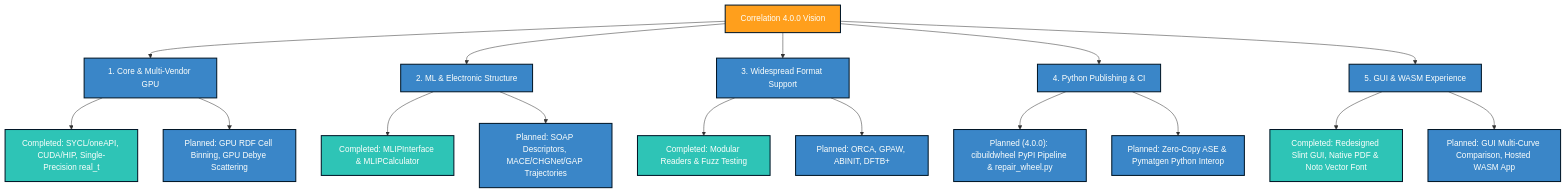
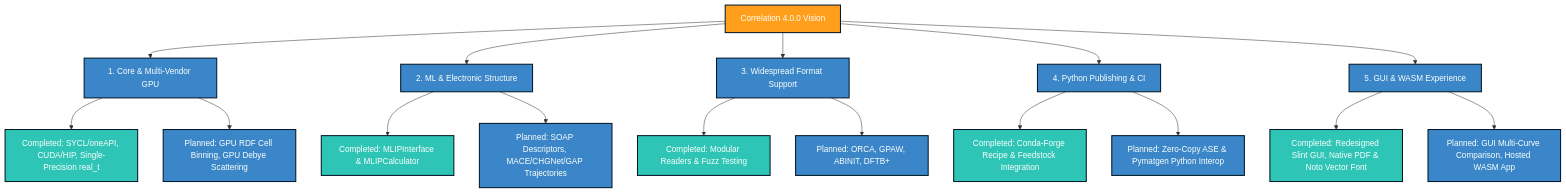
The diagram in docs/RoadMap.md (Isurwars/Correlation), drawn with Mermaid before and after one commit. The commit also changed other lines of this file and 23 other files, not shown here.

Commit message:
feat: add packaging support with PKGBUILD and conda recipe files and update graph metadata

````diff
--- a/docs/RoadMap.md
+++ b/docs/RoadMap.md
@@ -10,27 +10,27 @@
 ```mermaid
 graph TD
     classDef completed fill:#2ec4b6,stroke:#011627,stroke-width:2px,color:#fdfffc;
     classDef planned fill:#3a86c8,stroke:#011627,stroke-width:2px,color:#fdfffc;
     classDef core fill:#ff9f1c,stroke:#011627,stroke-width:2px,color:#fdfffc;
 
     A["Correlation 4.0.0 Vision"]:::core --> B["1. Core & Multi-Vendor GPU"]:::planned
     A --> C["2. ML & Electronic Structure"]:::planned
     A --> D["3. Widespread Format Support"]:::planned
     A --> E["4. Python Publishing & CI"]:::planned
     A --> F["5. GUI & WASM Experience"]:::planned
 
     B --> B1["Completed: SYCL/oneAPI, CUDA/HIP, Single-Precision real_t"]:::completed
     B --> B2["Planned: GPU RDF Cell Binning, GPU Debye Scattering"]:::planned
     
     C --> C1["Completed: MLIPInterface & MLIPCalculator"]:::completed
     C --> C2["Planned: SOAP Descriptors, MACE/CHGNet/GAP Trajectories"]:::planned
     
     D --> D1["Completed: Modular Readers & Fuzz Testing"]:::completed
     D --> D2["Planned: ORCA, GPAW, ABINIT, DFTB+"]:::planned
 
-    E --> E1["Planned (4.0.0): cibuildwheel PyPI Pipeline & repair_wheel.py"]:::planned
+    E --> E1["Completed: Conda-Forge Recipe & Feedstock Integration"]:::completed
     E --> E2["Planned: Zero-Copy ASE & Pymatgen Python Interop"]:::planned
 
     F --> F1["Completed: Redesigned Slint GUI, Native PDF & Noto Vector Font"]:::completed
     F --> F2["Planned: GUI Multi-Curve Comparison, Hosted WASM App"]:::planned
 ```
````
